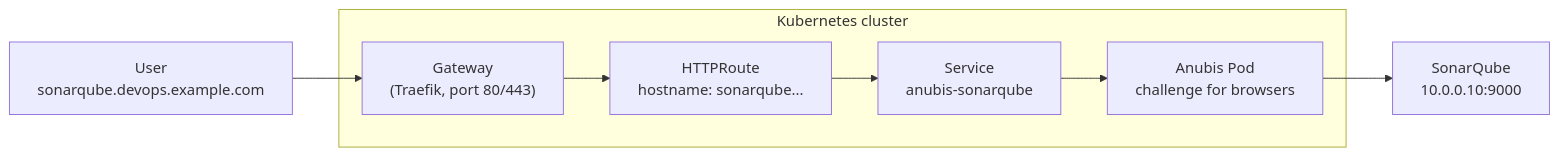
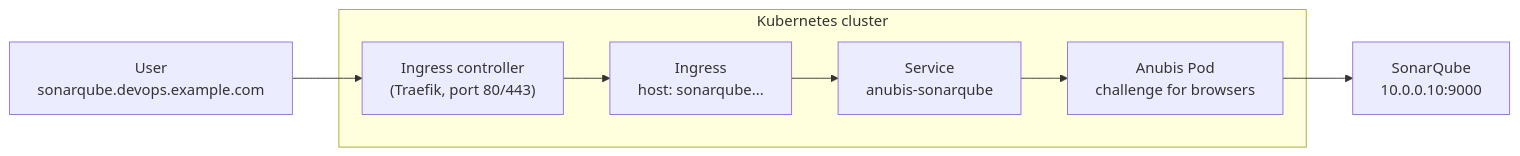
Before and after one commit to jcfenuchi/K8S-traefik-gateway-routes: the first of 3 diagrams in README.md, drawn with Mermaid. The commit also changed other lines of this file and 10 other files, not shown here.

First line of the commit message:
Troca Gateway API por Ingress padrão do Kubernetes

````diff
--- a/README.md
+++ b/README.md
@@ -27,12 +27,12 @@
 ```mermaid
 flowchart LR
     U["User<br/>sonarqube.devops.example.com"] --> GW
 
     subgraph cluster["Kubernetes cluster"]
-        GW["Gateway<br/>(Traefik, port 80/443)"] --> R["HTTPRoute<br/>hostname: sonarqube..."]
+        GW["Ingress controller<br/>(Traefik, port 80/443)"] --> R["Ingress<br/>host: sonarqube..."]
         R --> S["Service<br/>anubis-sonarqube"]
         S --> A["Anubis Pod<br/>challenge for browsers"]
     end
 
     A --> B["SonarQube<br/>10.0.0.10:9000"]
 ```
````
